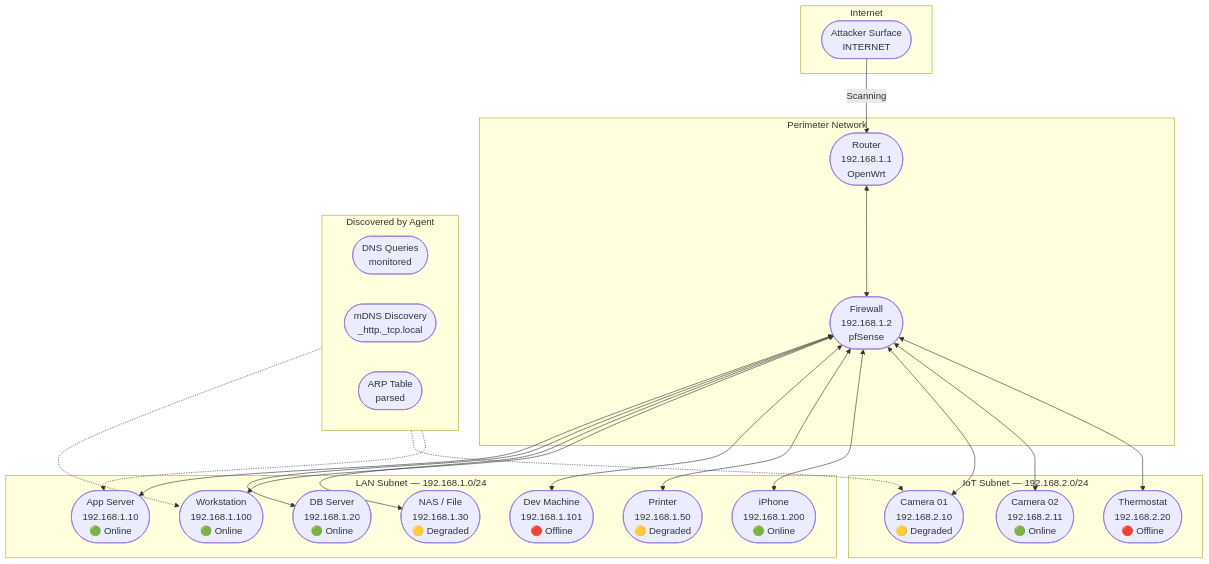
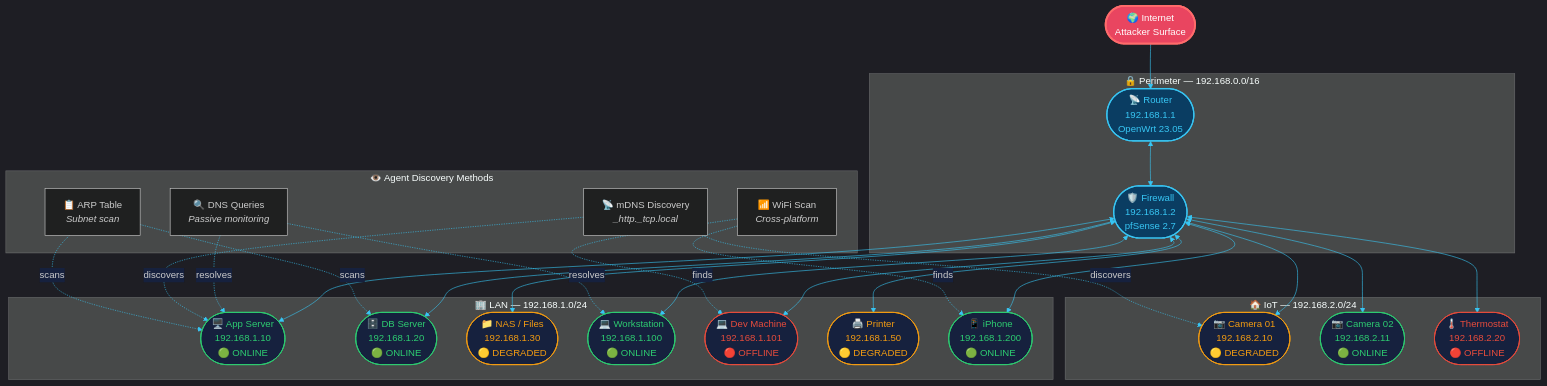
One commit to soumyachk101/Drishti-Innofusion changed the fourth of 7 diagrams in README.md. Above: the diagram before and after it, drawn with Mermaid. The commit also changed other lines of this file, not shown here.

First line of the commit message:
docs: update README with enhanced mermaid styling and architecture diagrams

````diff
--- a/README.md
+++ b/README.md
@@ -295,51 +298,51 @@
 ```mermaid
+%%{init: {'theme': 'dark', 'themeVariables': { 'primaryColor': '#1a1a2e', 'edgeLabelBackground':'#16213e', 'tertiaryColor': '#0f3460', 'primaryTextColor': '#e0e0e0', 'lineColor': '#38c6f4', 'secondaryColor': '#1a1a2e', 'tertiaryColor': '#0f3460'}}}%%
 graph TB
- subgraph Internet["Internet"]
- ATTACKER(["Attacker Surface<br/>INTERNET"])
+ classDef internet fill:#e94560,stroke:#ff6b6b,stroke-width:3px,color:#fff,rx:20
+ classDef infra fill:#0a3d62,stroke:#38c6f4,stroke-width:2px,color:#38c6f4,rx:12
+ classDef device fill:#16213e,stroke:#f4d03f,stroke-width:1.5px,color:#e0e0e0,rx:10
+ classDef deviceOnline fill:#16213e,stroke:#2ecc71,stroke-width:1.5px,color:#2ecc71,rx:10
+ classDef deviceWarn fill:#16213e,stroke:#f39c12,stroke-width:1.5px,color:#f39c12,rx:10
+ classDef deviceOff fill:#16213e,stroke:#e74c3c,stroke-width:1.5px,color:#e74c3c,rx:10
+ classDef discovery fill:#0f3460,stroke:#9b59b6,stroke-width:1.5px,color:#9b59b6,rx:10
+
+ ATTACK(["🌍 Internet<br/>Attacker Surface"]):::internet
+
+ subgraph PERIMETER [🔒 Perimeter — 192.168.0.0/16]
+ RTR(["📡 Router<br/>192.168.1.1<br/>OpenWrt 23.05"]):::infra
+ FW(["🛡️ Firewall<br/>192.168.1.2<br/>pfSense 2.7"]):::infra
  end
 
- subgraph Perimeter["Perimeter Network"]
- RTR(["Router<br/>192.168.1.1<br/>OpenWrt"])
- FW(["Firewall<br/>192.168.1.2<br/>pfSense"])
+ subgraph LAN [🏢 LAN — 192.168.1.0/24]
+ SRV1(["🖥️ App Server<br/>192.168.1.10<br/>🟢 ONLINE"]):::deviceOnline
+ SRV2(["🗄️ DB Server<br/>192.168.1.20<br/>🟢 ONLINE"]):::deviceOnline
+ SRV3(["📁 NAS / Files<br/>192.168.1.30<br/>🟡 DEGRADED"]):::deviceWarn
+ WS1(["💻 Workstation<br/>192.168.1.100<br/>🟢 ONLINE"]):::deviceOnline
+ WS2(["💻 Dev Machine<br/>192.168.1.101<br/>🔴 OFFLINE"]):::deviceOff
+ PRT1(["🖨️ Printer<br/>192.168.1.50<br/>🟡 DEGRADED"]):::deviceWarn
+ MOB1(["📱 iPhone<br/>192.168.1.200<br/>🟢 ONLINE"]):::deviceOnline
  end
 
- subgraph LAN["LAN Subnet — 192.168.1.0/24"]
- SRV1(["App Server<br/>192.168.1.10<br/>🟢 Online"])
- SRV2(["DB Server<br/>192.168.1.20<br/>🟢 Online"])
- SRV3(["NAS / File<br/>192.168.1.30<br/>🟡 Degraded"])
- WS1(["Workstation<br/>192.168.1.100<br/>🟢 Online"])
- WS2(["Dev Machine<br/>192.168.1.101<br/>🔴 Offline"])
- PRT1(["Printer<br/>192.168.1.50<br/>🟡 Degraded"])
- MOB1(["iPhone<br/>192.168.1.200<br/>🟢 Online"])
+ subgraph IOT [🏠 IoT — 192.168.2.0/24]
+ CAM1(["📷 Camera 01<br/>192.168.2.10<br/>🟡 DEGRADED"]):::deviceWarn
+ CAM2(["📷 Camera 02<br/>192.168.2.11<br/>🟢 ONLINE"]):::deviceOnline
+ TSTAT(["🌡️ Thermostat<br/>192.168.2.20<br/>🔴 OFFLINE"]):::deviceOff
  end
 
- subgraph IoT["IoT Subnet — 192.168.2.0/24"]
- CAM1(["Camera 01<br/>192.168.2.10<br/>🟡 Degraded"])
- CAM2(["Camera 02<br/>192.168.2.11<br/>🟢 Online"])
- TSTAT(["Thermostat<br/>192.168.2.20<br/>🔴 Offline"])
+ subgraph AGENT_METHODS [👁️ Agent Discovery Methods]
+ DNS_M["🔍 DNS Queries<br/><i>Passive monitoring</i>"]
+ MDNS_M["📡 mDNS Discovery<br/><i>_http._tcp.local</i>"]
+ ARP_M["📋 ARP Table<br/><i>Subnet scan</i>"]
+ WIFI_M["📶 WiFi Scan<br/><i>Cross-platform</i>"]
  end
 
- ATTACKER -->|"Scanning"| RTR
+ ATTACK --> RTR
  RTR <--> FW
- FW <--> SRV1
- FW <--> SRV2
- FW <--> SRV3
- FW <--> WS1
- FW <--> WS2
- FW <--> PRT1
- FW <--> MOB1
- FW <--> CAM1
- FW <--> CAM2
- FW <--> TSTAT
+ FW <--> SRV1 & SRV2 & SRV3 & WS1 & WS2 & PRT1 & MOB1
+ FW <--> CAM1 & CAM2 & TSTAT
 
- subgraph AgentDiscovery["Discovered by Agent"]
- direction LR
- DNS(["DNS Queries<br/>monitored"])
- MDNS(["mDNS Discovery<br/>_http._tcp.local"])
- ARP(["ARP Table<br/>parsed"])
- end
-
- DNS -.-> WS1
- MDNS -.-> CAM1
- ARP -.-> SRV1
+ DNS_M -.->|"resolves"| WS1 & SRV1
+ MDNS_M -.->|"discovers"| CAM1 & SRV1
+ ARP_M -.->|"scans"| SRV1 & SRV2
+ WIFI_M -.->|"finds"| MOB1 & WS2
 ```
````
